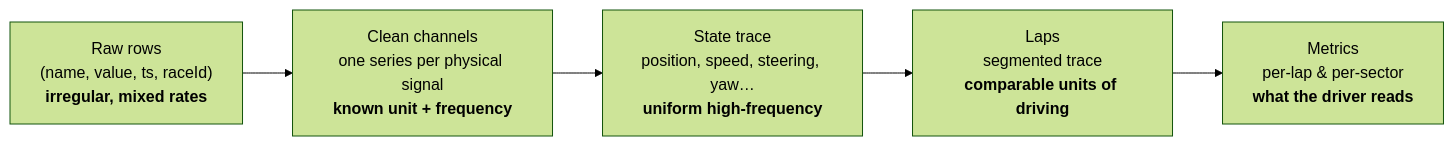
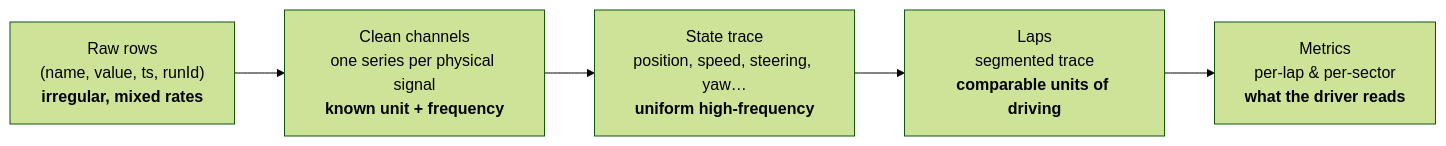
One commit to GenerateNU/orion changed the second of 2 diagrams in docs/ARCHITECTURE.md. Above: the diagram before and after it, drawn with Mermaid (forest theme). The commit also changed 24 other files, not shown here.

````diff
--- a/docs/ARCHITECTURE.md
+++ b/docs/ARCHITECTURE.md
@@ -117,10 +117,10 @@
 ```mermaid
 flowchart LR
-    A["Raw rows<br/>(name, value, ts, raceId)<br/><b>irregular, mixed rates</b>"]
+    A["Raw rows<br/>(name, value, ts, runId)<br/><b>irregular, mixed rates</b>"]
     B["Clean channels<br/>one series per physical signal<br/><b>known unit + frequency</b>"]
     C["State trace<br/>position, speed, steering, yaw…<br/><b>uniform high-frequency</b>"]
     D["Laps<br/>segmented trace<br/><b>comparable units of driving</b>"]
     E["Metrics<br/>per-lap & per-sector<br/><b>what the driver reads</b>"]
 
     A --> B --> C --> D --> E
 ```
````
